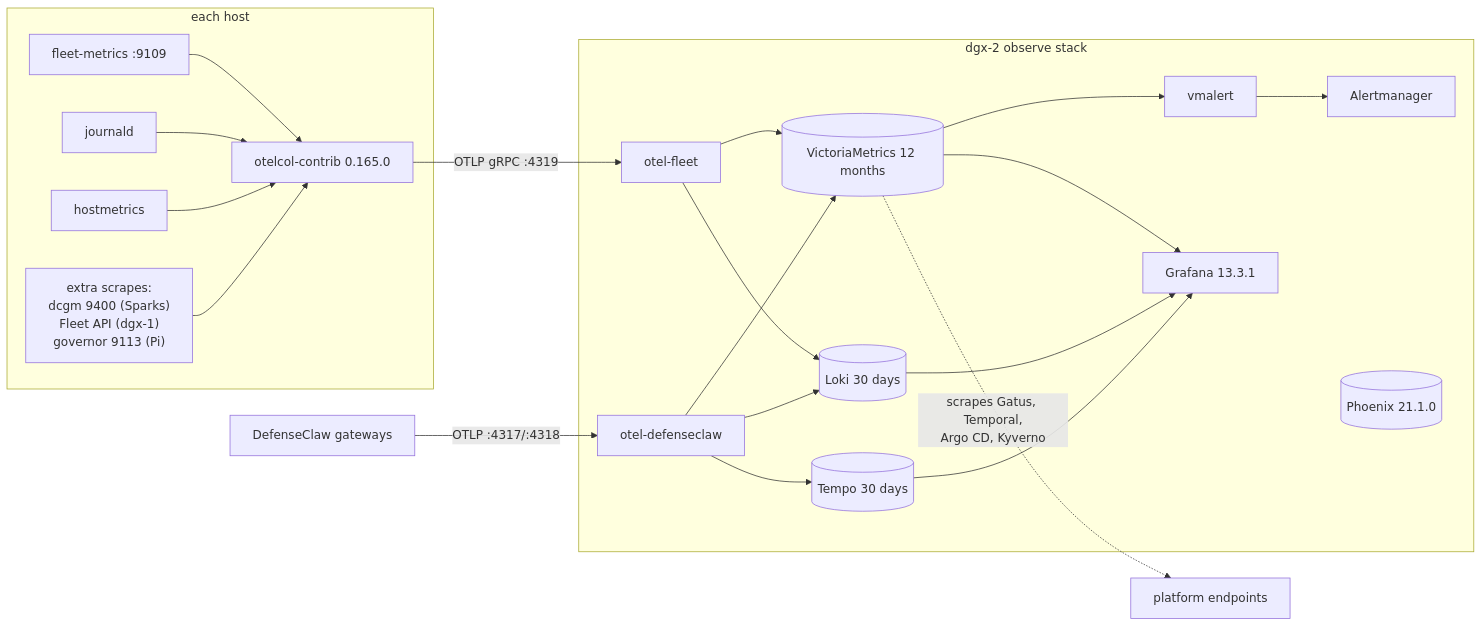
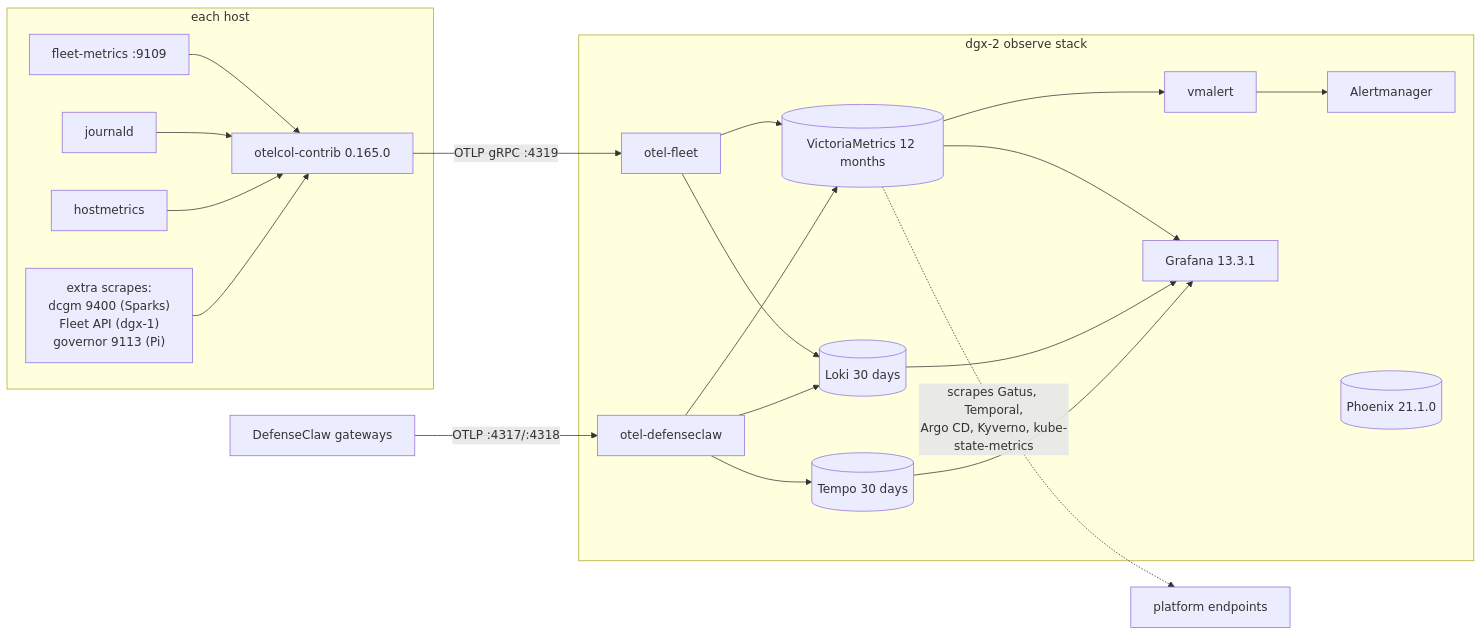
One commit to nikghodki/homelab changed the diagram in docs-site/content/docs/observability/index.md. Above: the diagram before and after it, drawn with Mermaid. The commit also changed other lines of this file and 140 other files, not shown here.

````diff
--- a/docs-site/content/docs/observability/index.md
+++ b/docs-site/content/docs/observability/index.md
@@ -12,30 +12,30 @@
 ```mermaid
 flowchart LR
   subgraph HOST["each host"]
     FM[fleet-metrics :9109]
     J[journald]
     HM[hostmetrics]
     X["extra scrapes:<br/>dcgm 9400 (Sparks)<br/>Fleet API (dgx-1)<br/>governor 9113 (Pi)"]
     OC[otelcol-contrib 0.165.0]
     FM --> OC
     J --> OC
     HM --> OC
     X --> OC
   end
   OC -- "OTLP gRPC :4319" --> OF[otel-fleet]
   DCG[DefenseClaw gateways] -- "OTLP :4317/:4318" --> OD[otel-defenseclaw]
   subgraph OBS["dgx-2 observe stack"]
     OF --> VM[(VictoriaMetrics 12 months)]
     OF --> LK[(Loki 30 days)]
     OD --> VM
     OD --> LK
     OD --> TP[(Tempo 30 days)]
     VM --> VA[vmalert]
     VA --> AM[Alertmanager]
     VM --> GF[Grafana 13.3.1]
     LK --> GF
     TP --> GF
     PX[(Phoenix 21.1.0)]
   end
-  VM -. "scrapes Gatus, Temporal,<br/>Argo CD, Kyverno" .-> EXT[platform endpoints]
+  VM -. "scrapes Gatus, Temporal,<br/>Argo CD, Kyverno, kube-state-metrics" .-> EXT[platform endpoints]
 ```
````
